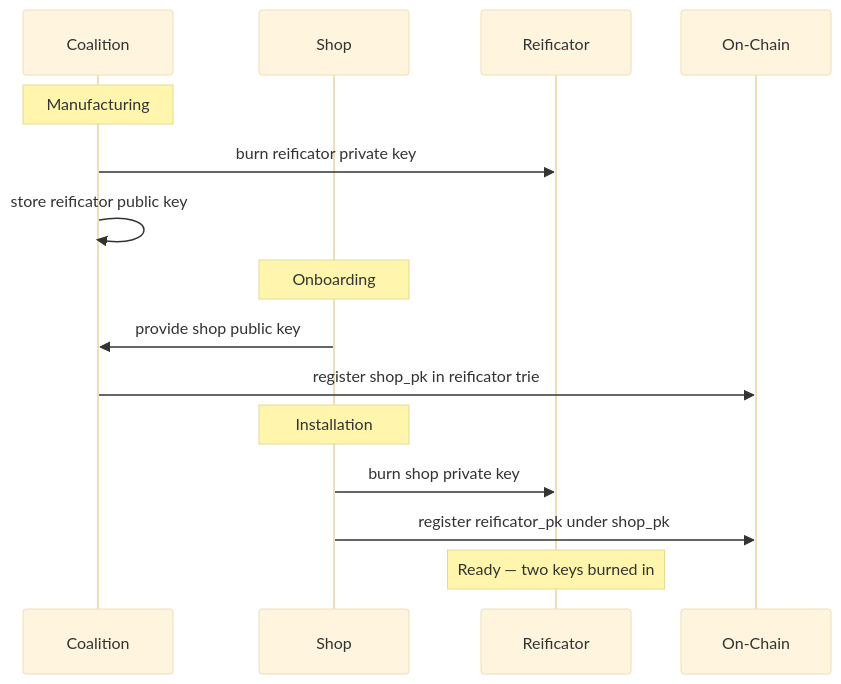
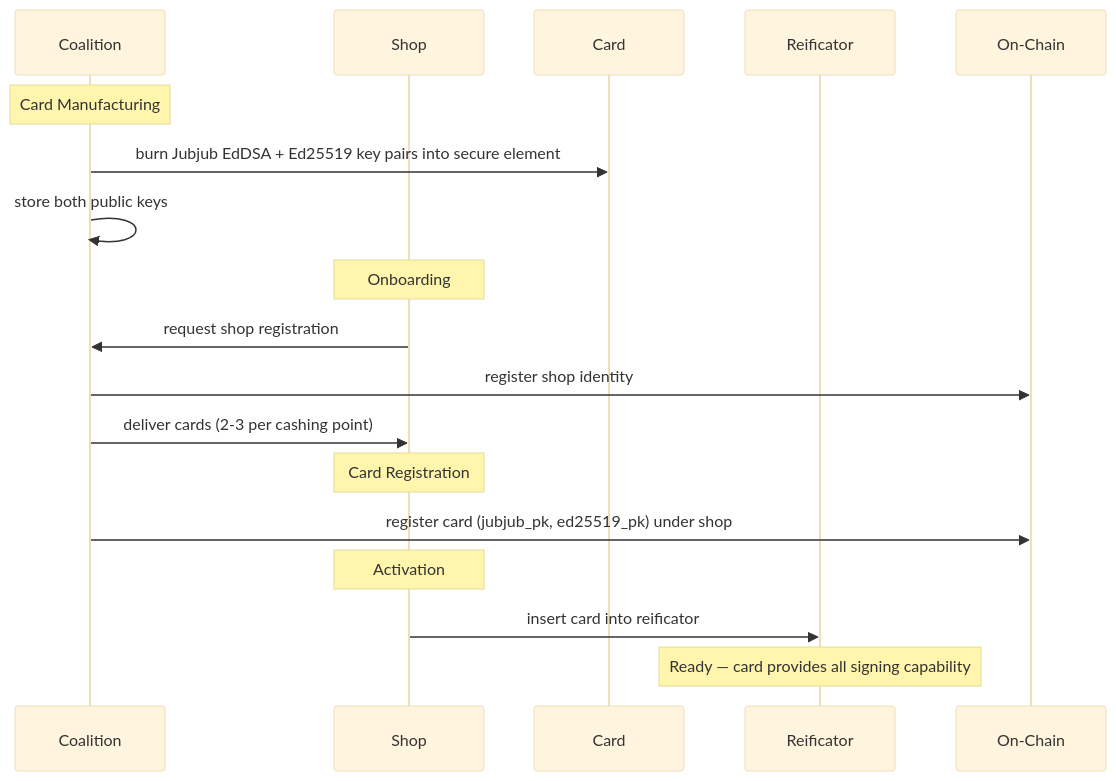
The fourth of 4 diagrams in docs/protocol/actors.md (lambdasistemi/harvest), drawn with Mermaid (base theme) before and after one commit. The commit also changed other lines of this file and 9 other files, not shown here.

First line of the commit message:
docs: update all specs and protocol docs for card-based identity model

````diff
--- a/docs/protocol/actors.md
+++ b/docs/protocol/actors.md
@@ -99,20 +128,24 @@
 ```mermaid
 sequenceDiagram
     participant CO as Coalition
     participant S as Shop
+    participant CD as Card
     participant R as Reificator
     participant L1 as On-Chain
 
-    Note over CO: Manufacturing
-    CO->>R: burn reificator private key
-    CO->>CO: store reificator public key
+    Note over CO: Card Manufacturing
+    CO->>CD: burn Jubjub EdDSA + Ed25519 key pairs into secure element
+    CO->>CO: store both public keys
 
     Note over S: Onboarding
-    S->>CO: provide shop public key
-    CO->>L1: register shop_pk in reificator trie
+    S->>CO: request shop registration
+    CO->>L1: register shop identity
+    CO->>S: deliver cards (2-3 per cashing point)
 
-    Note over S: Installation
-    S->>R: burn shop private key
-    S->>L1: register reificator_pk under shop_pk
-    Note over R: Ready — two keys burned in
+    Note over S: Card Registration
+    CO->>L1: register card (jubjub_pk, ed25519_pk) under shop
+
+    Note over S: Activation
+    S->>R: insert card into reificator
+    Note over R: Ready — card provides all signing capability
 ```
````
